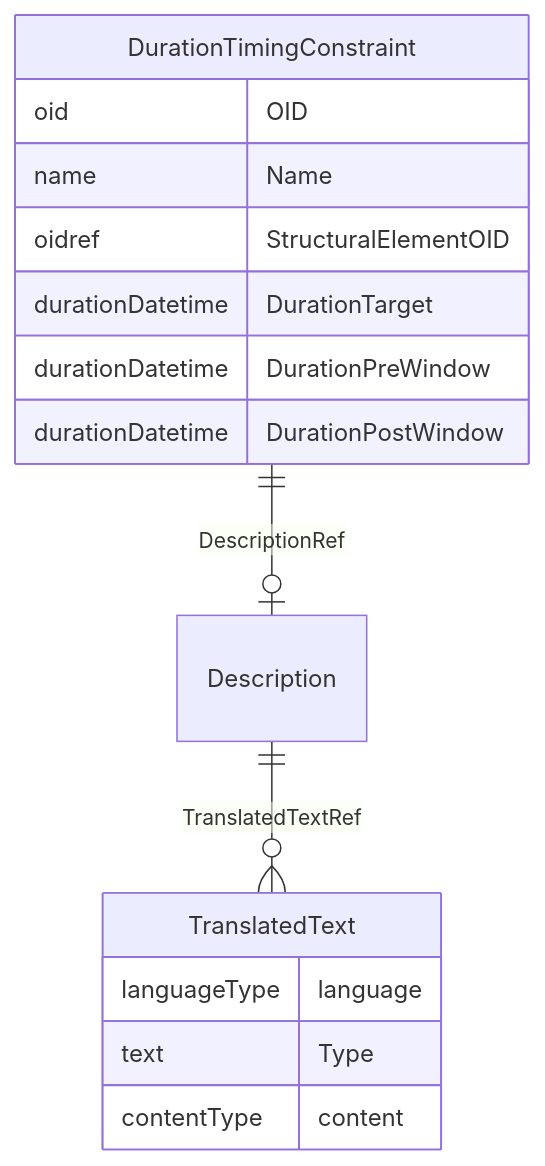
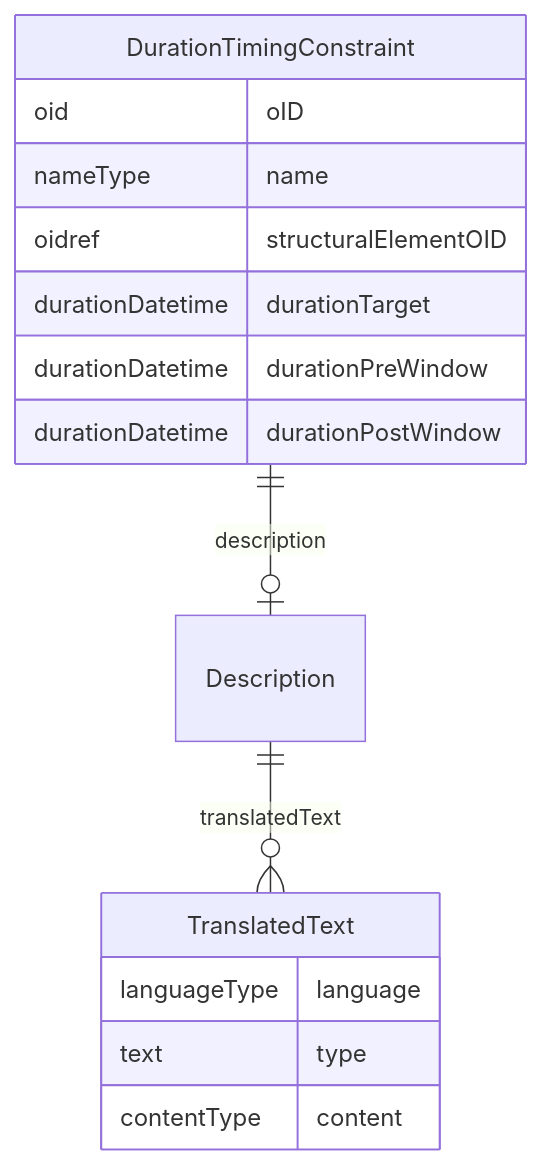
Before and after one commit to cdisc-org/DataExchange-ODM-LinkML: the diagram in docs/DurationTimingConstraint.md, drawn with Mermaid. The commit also changed other lines of this file and 759 other files, not shown here.

````diff
--- a/docs/DurationTimingConstraint.md
+++ b/docs/DurationTimingConstraint.md
@@ -11,23 +11,23 @@
 ```mermaid
 erDiagram
 DurationTimingConstraint {
-    oid OID  
-    name Name  
-    oidref StructuralElementOID  
-    durationDatetime DurationTarget  
-    durationDatetime DurationPreWindow  
-    durationDatetime DurationPostWindow  
+    oid oID  
+    nameType name  
+    oidref structuralElementOID  
+    durationDatetime durationTarget  
+    durationDatetime durationPreWindow  
+    durationDatetime durationPostWindow  
 }
 Description {
 
 }
 TranslatedText {
     languageType language  
-    text Type  
+    text type  
     contentType content  
 }
 
-DurationTimingConstraint ||--|o Description : "DescriptionRef"
-Description ||--}o TranslatedText : "TranslatedTextRef"
+DurationTimingConstraint ||--|o Description : "description"
+Description ||--}o TranslatedText : "translatedText"
 
 ```
````
